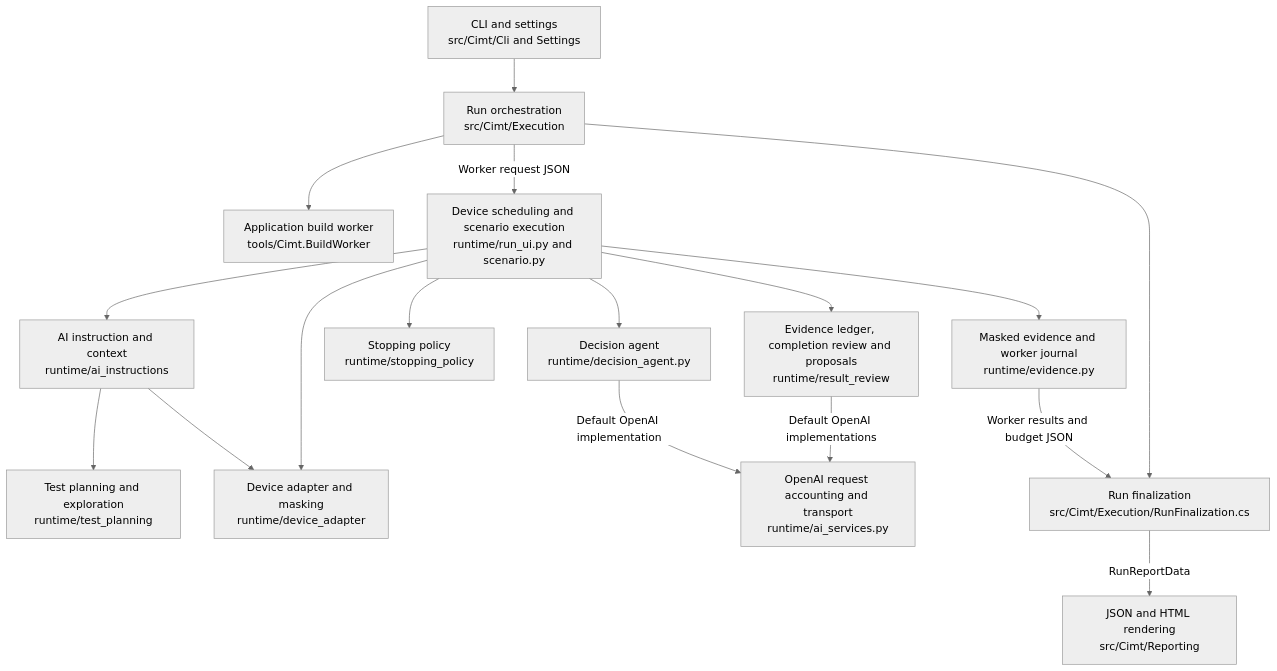
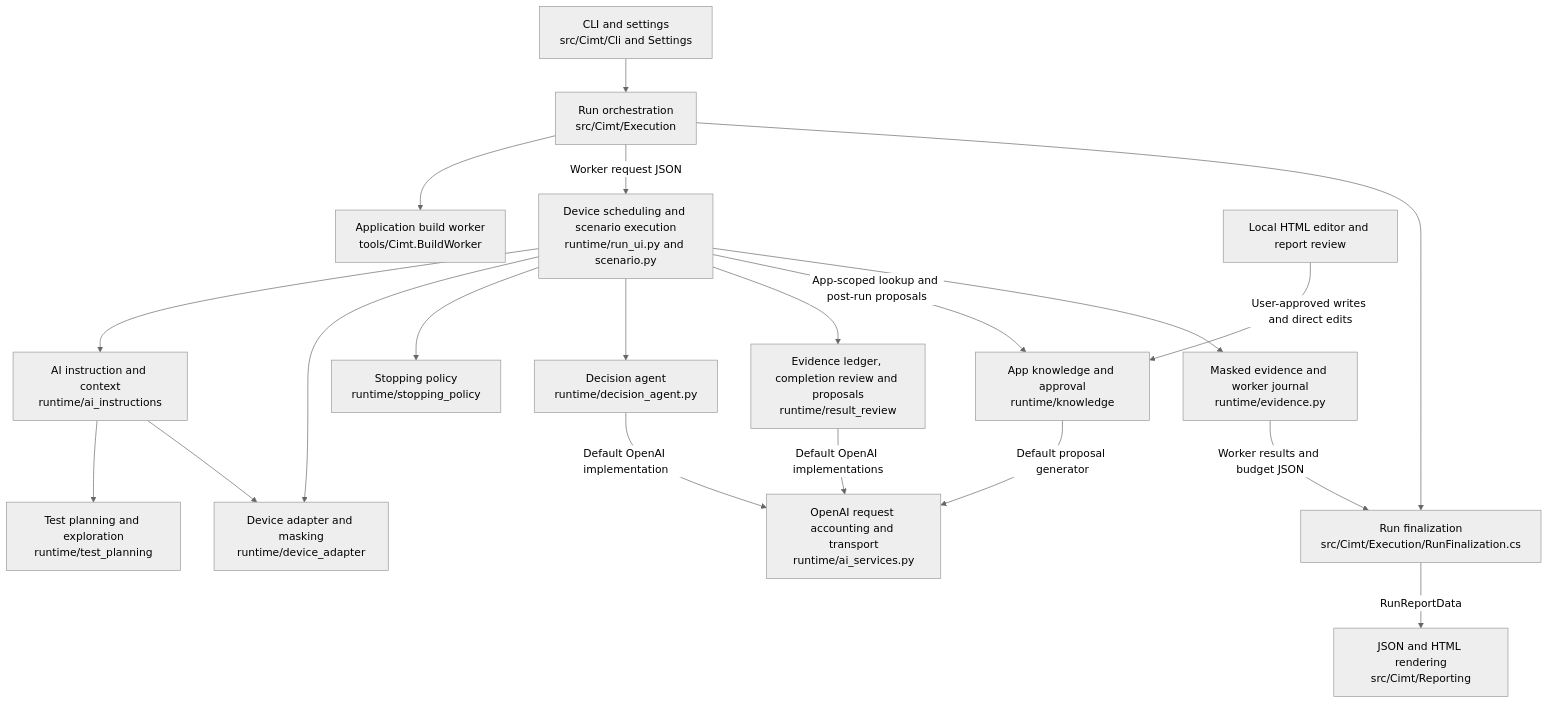
The first of 4 diagrams in docs/architecture-uml.md (Richard032/CIMT), drawn with Mermaid (neutral theme) before and after one commit. The commit also changed other lines of this file and 43 other files, not shown here.

Commit message:
Add user-reviewed application knowledge to CIMT

````diff
--- a/docs/architecture-uml.md
+++ b/docs/architecture-uml.md
@@ -7,34 +7,39 @@
 ```mermaid
 flowchart TD
     CLI["CLI and settings<br/>src/Cimt/Cli and Settings"]
     Run["Run orchestration<br/>src/Cimt/Execution"]
     Build["Application build worker<br/>tools/Cimt.BuildWorker"]
     Worker["Device scheduling and scenario execution<br/>runtime/run_ui.py and scenario.py"]
     Inputs["AI instruction and context<br/>runtime/ai_instructions"]
     Plan["Test planning and exploration<br/>runtime/test_planning"]
     Device["Device adapter and masking<br/>runtime/device_adapter"]
     Stop["Stopping policy<br/>runtime/stopping_policy"]
     Agent["Decision agent<br/>runtime/decision_agent.py"]
     Review["Evidence ledger, completion review and proposals<br/>runtime/result_review"]
     Provider["OpenAI request accounting and transport<br/>runtime/ai_services.py"]
+    Knowledge["App knowledge and approval<br/>runtime/knowledge"]
+    Editor["Local HTML editor and report review"]
     Journal["Masked evidence and worker journal<br/>runtime/evidence.py"]
     Finish["Run finalization<br/>src/Cimt/Execution/RunFinalization.cs"]
     Report["JSON and HTML rendering<br/>src/Cimt/Reporting"]
 
     CLI --> Run
     Run --> Build
     Run -->|Worker request JSON| Worker
     Worker --> Inputs
     Inputs --> Plan
     Inputs --> Device
     Worker --> Device
     Worker --> Stop
     Worker --> Agent
     Worker --> Review
+    Worker -->|App-scoped lookup and post-run proposals| Knowledge
+    Knowledge -->|Default proposal generator| Provider
+    Editor -->|User-approved writes and direct edits| Knowledge
     Agent -->|Default OpenAI implementation| Provider
     Review -->|Default OpenAI implementations| Provider
     Worker --> Journal
     Run --> Finish
     Journal -->|Worker results and budget JSON| Finish
     Finish -->|RunReportData| Report
 ```
````
